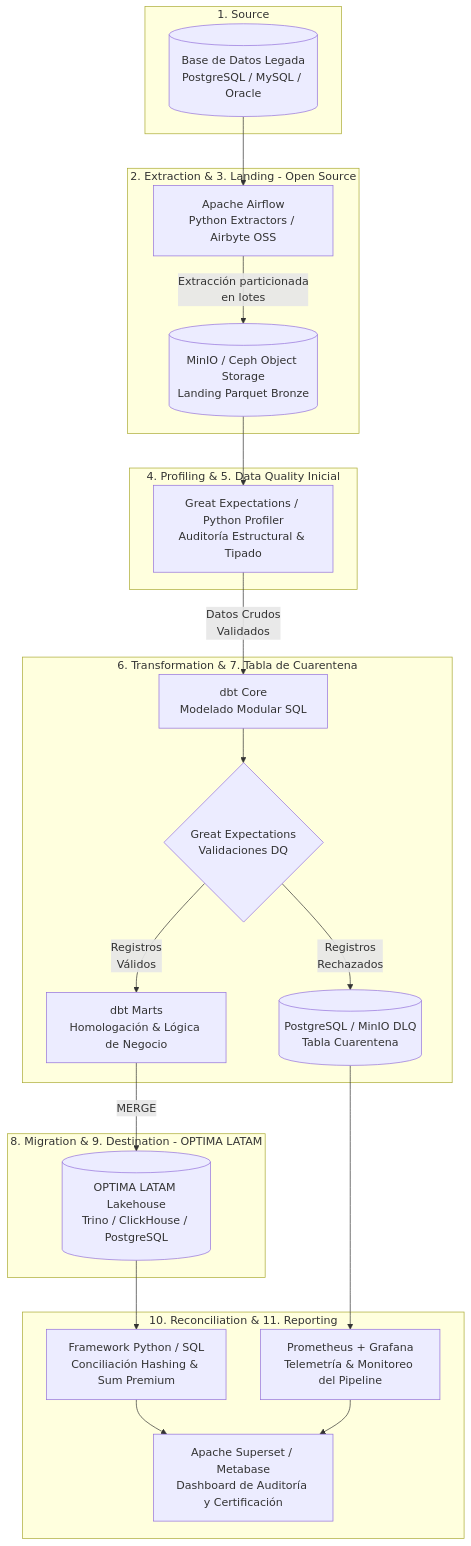
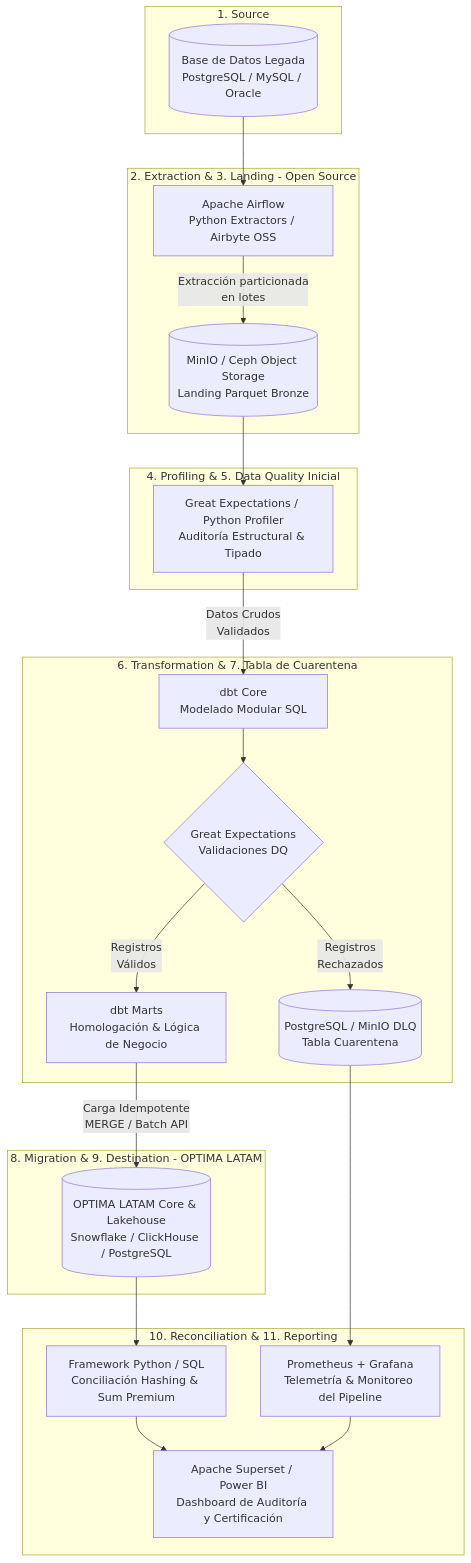
The second of 2 diagrams in README.md (lfardilaji/gallagher-migration-test), drawn with Mermaid before and after one commit. The commit also changed other lines of this file, not shown here.

````diff
--- a/README.md
+++ b/README.md
@@ -124,45 +214,45 @@
 ```mermaid
 flowchart TD
     subgraph S1 [1. Source]
         A[(Base de Datos Legada<br/>PostgreSQL / MySQL / Oracle)]
     end
 
     subgraph S2 [2. Extraction & 3. Landing - Open Source]
         B[Apache Airflow<br/>Python Extractors / Airbyte OSS]
         C[(MinIO / Ceph Object Storage<br/>Landing Parquet Bronze)]
         B -->|Extracción particionada<br/>en lotes| C
     end
 
     subgraph S3 [4. Profiling & 5. Data Quality Inicial]
         D[Great Expectations / Python Profiler<br/>Auditoría Estructural & Tipado]
         C --> D
     end
 
     subgraph S4 [6. Transformation & 7. Tabla de Cuarentena]
         E[dbt Core<br/>Modelado Modular SQL]
         F{Great Expectations<br/>Validaciones DQ}
         G[(PostgreSQL / MinIO DLQ<br/>Tabla Cuarentena)]
         H[dbt Marts<br/>Homologación & Lógica de Negocio]
         D -->|Datos Crudos<br/>Validados| E
         E --> F
         F -->|Registros<br/>Rechazados| G
         F -->|Registros<br/>Válidos| H
     end
 
     subgraph S5 [8. Migration & 9. Destination - OPTIMA LATAM]
-        I[(OPTIMA LATAM Lakehouse<br/>Trino / ClickHouse / PostgreSQL)]
-        H -->|MERGE| I
+        I[(OPTIMA LATAM Core & Lakehouse<br/>Snowflake / ClickHouse / PostgreSQL)]
+        H -->|Carga Idempotente<br/>MERGE / Batch API| I
     end
 
     subgraph S6 [10. Reconciliation & 11. Reporting]
         J[Framework Python / SQL<br/>Conciliación Hashing & Sum Premium]
-        K[Apache Superset / Metabase<br/>Dashboard de Auditoría y Certificación]
+        K[Apache Superset / Power BI<br/>Dashboard de Auditoría y Certificación]
         L[Prometheus + Grafana<br/>Telemetría & Monitoreo del Pipeline]
         I --> J
         G --> L
         J --> K
         L --> K
     end
 
     A --> B
 ```
````
